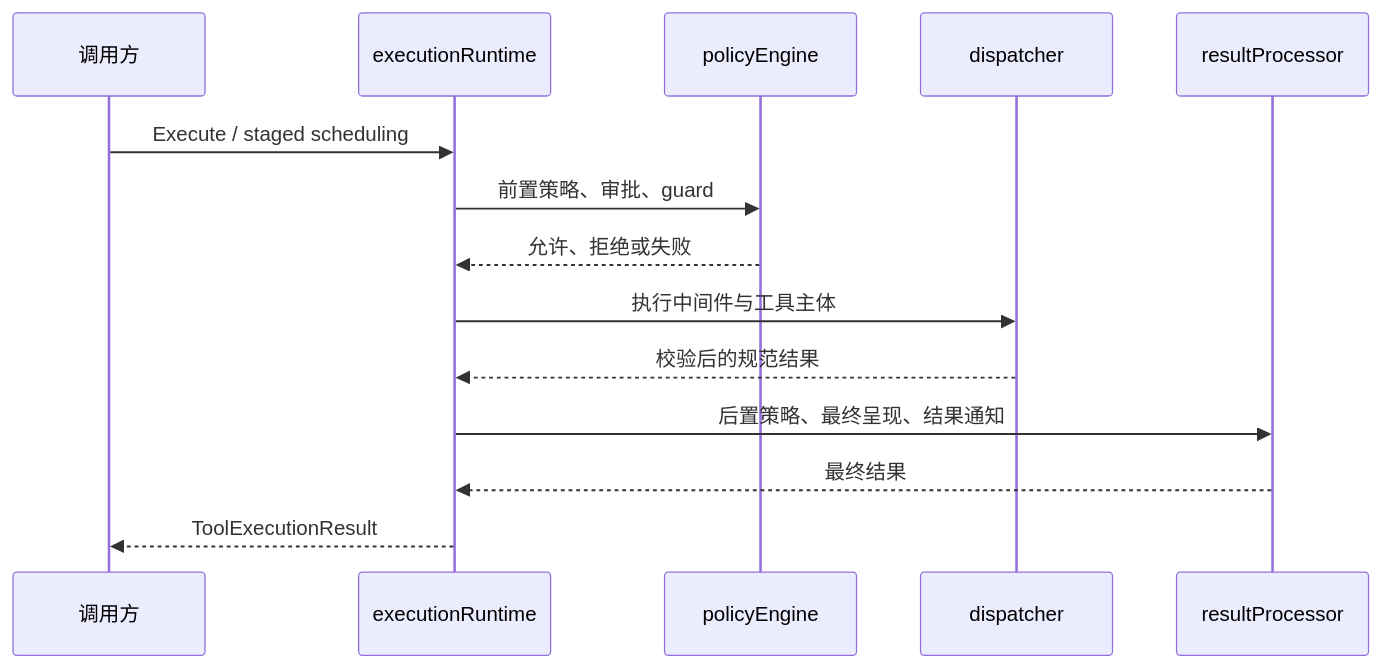
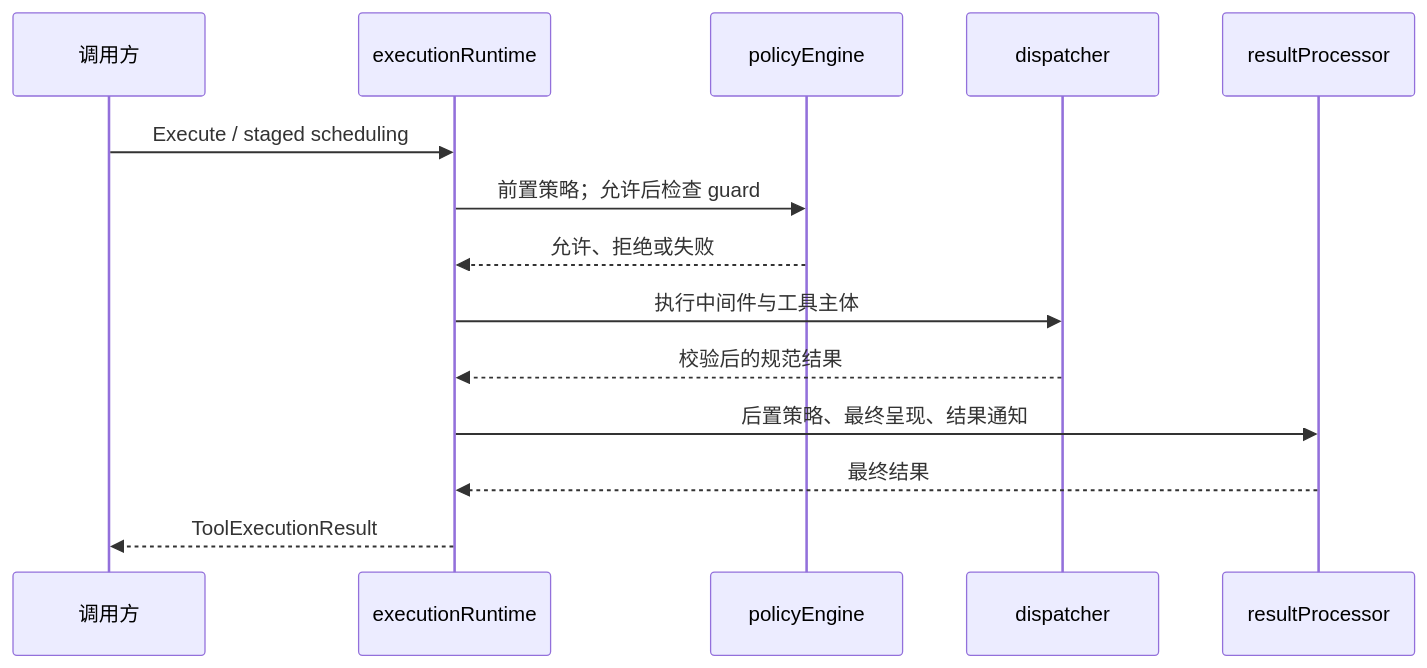
One commit to gorenx/goren changed the second of 3 diagrams in tools/README.zh-CN.md. Above: the diagram before and after it, drawn with Mermaid. The commit also changed other lines of this file and 7 other files, not shown here.

````diff
--- a/tools/README.zh-CN.md
+++ b/tools/README.zh-CN.md
@@ -60,16 +60,16 @@
 ```mermaid
 sequenceDiagram
     participant Caller as 调用方
     participant Runtime as executionRuntime
     participant Policy as policyEngine
     participant Body as dispatcher
     participant Result as resultProcessor
     Caller->>Runtime: Execute / staged scheduling
-    Runtime->>Policy: 前置策略、审批、guard
+    Runtime->>Policy: 前置策略；允许后检查 guard
     Policy-->>Runtime: 允许、拒绝或失败
     Runtime->>Body: 执行中间件与工具主体
     Body-->>Runtime: 校验后的规范结果
     Runtime->>Result: 后置策略、最终呈现、结果通知
     Result-->>Runtime: 最终结果
     Runtime-->>Caller: ToolExecutionResult
 ```
````
